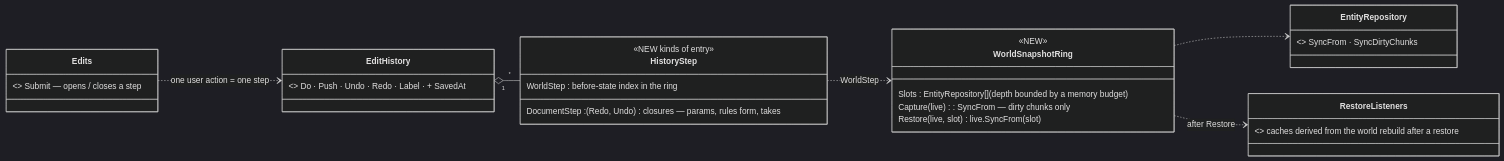
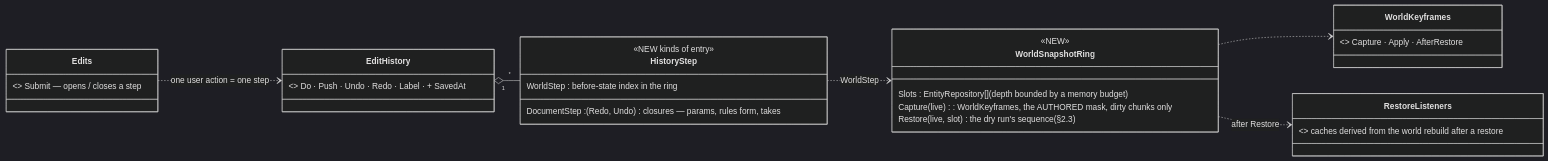
One commit to pjanec/HROT changed the first of 2 diagrams in docs/UX/DESIGN_Edit_Mode_Undo.md. Above: the diagram before and after it, drawn with Mermaid (dark theme). The commit also changed other lines of this file, not shown here.

````diff
--- a/docs/UX/DESIGN_Edit_Mode_Undo.md
+++ b/docs/UX/DESIGN_Edit_Mode_Undo.md
@@ -45,24 +62,24 @@
 ```mermaid
 classDiagram
   direction LR
   class EditHistory { <<existing, the ONE history>> Do · Push · Undo · Redo · Label · + SavedAt }
   class HistoryStep {
     <<NEW kinds of entry>>
     DocumentStep : (Redo, Undo) closures — params, rules form, takes
     WorldStep : before-state index in the ring
   }
   class WorldSnapshotRing {
     <<NEW>>
     Slots : EntityRepository[] (depth bounded by a memory budget)
-    Capture(live) : SyncFrom — dirty chunks only
-    Restore(live, slot) : live.SyncFrom(slot)
+    Capture(live) : WorldKeyframes, the AUTHORED mask, dirty chunks only
+    Restore(live, slot) : the dry run's sequence (§2.3)
   }
-  class EntityRepository { <<existing>> SyncFrom · SyncDirtyChunks }
+  class WorldKeyframes { <<existing, the dry run's>> Capture · Apply · AfterRestore }
   class Edits { <<design 2>> Submit — opens / closes a step }
   class RestoreListeners { <<NEW hook>> caches derived from the world rebuild after a restore }
   EditHistory "1" o-- "*" HistoryStep
   HistoryStep ..> WorldSnapshotRing : WorldStep
-  WorldSnapshotRing ..> EntityRepository
+  WorldSnapshotRing ..> WorldKeyframes
   Edits ..> EditHistory : one user action = one step
   WorldSnapshotRing ..> RestoreListeners : after Restore
 ```
````
